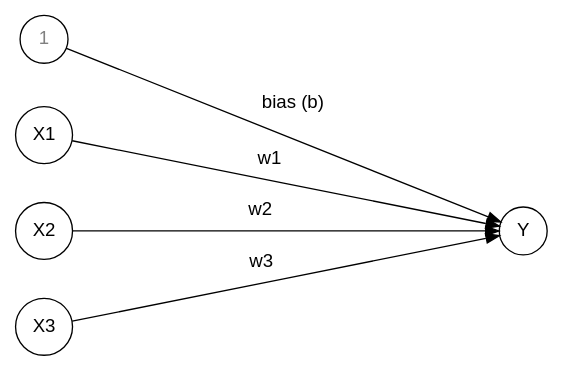
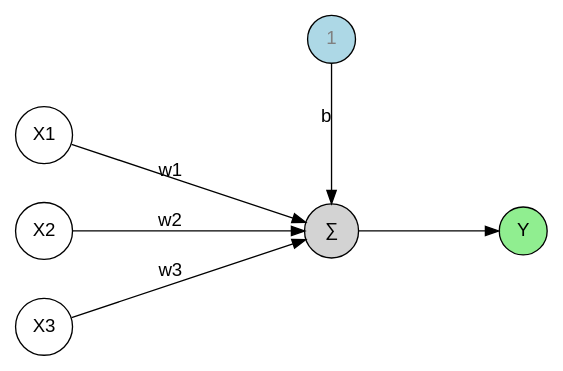
Before and after one commit to mca91/kasa_book: the third of 4 diagrams in Machine Learning.qmd, drawn with Graphviz. The commit also changed other lines of this file and 336 other files, not shown here.

````diff
--- a/Machine Learning.qmd
+++ b/Machine Learning.qmd
@@ -133,24 +376,37 @@
 ```{dot}
 //| fig-width: 6
 //| fig-height: 3
 //| fig-cap: "Neuronales Netzwerk: Multiple lineare Regression"
 //| label: "fig-nn-mlreg"
 digraph NEURALNET {
     layout=neato
     fontname="Helvetica,Arial,sans-serif"
     node [fontname="Helvetica,Arial,sans-serif", shape="circle"]
     edge [fontname="Helvetica,Arial,sans-serif"]
 
+    // Eingangsneuronen
     X1 [label="X1", pos="0,1!"];
     X2 [label="X2", pos="0,0!"];
     X3 [label="X3", pos="0,-1!"];
-    Y [label="Y", pos="5,0!"];
-    B [label="1", pos="0,2!", fontcolor=gray];
+    
+    // Summationsneuron
+    SUM [label="∑", shape="circle", pos="3,0!", width=0.5, height=0.5, style=filled, fillcolor=lightgray];
 
-    X1 -> Y [headlabel = "w1", labeldistance=18, labelangle=-5];
-    X2 -> Y [headlabel = "w2", labeldistance=18, labelangle=-5];
-    X3 -> Y [headlabel = "w3", labeldistance=18, labelangle=-5];
+    // Ausgabeneuron
+    Y [label="Y", pos="5,0!", style=filled, fillcolor=lightgreen];
+    
+    // Bias
+    B [label="1", pos="3,2!", fontcolor=gray, style=filled, fillcolor=lightblue];
+    
+    // Verbindungen von Eingangsneuronen zur Summation
+    X1 -> SUM [label = "w1"];
+    X2 -> SUM [label = "w2"];
+    X3 -> SUM [label = "w3"];
+    
+    // Verbindung vom Bias zur Summation
+    B -> SUM [label = "b"];
 
-    B -> Y [headlabel = "bias (b)", labeldistance=18, labelangle=-8];
+    // Verbindung von der Summation zum Ausgabeneuron
+    SUM -> Y [label = ""];
 }
 ```
````
